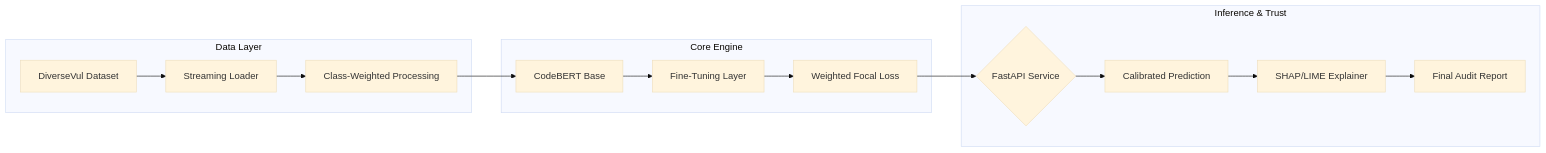
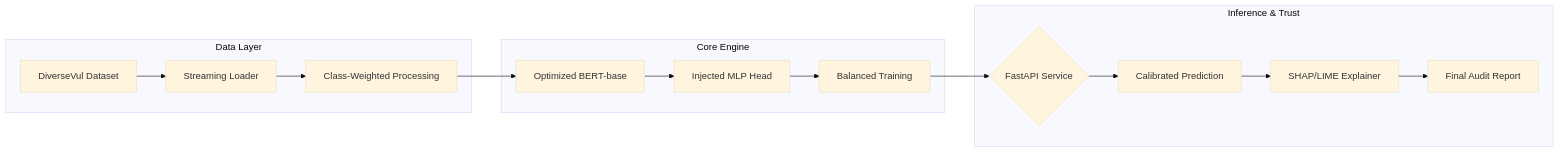
The diagram in DOCUMENTATION.md (nahyan0077/secure-code-analyzer-model), drawn with Mermaid (base theme) before and after one commit. The commit also changed other lines of this file and 11 other files, not shown here.

Commit message:
feat: Migrate from CodeBERT to an optimized BERT-base model with a custom MLP head, balanced undersampling, and configurable evaluation thresholds.

````diff
--- a/DOCUMENTATION.md
+++ b/DOCUMENTATION.md
@@ -20,20 +20,20 @@
 ```mermaid
 graph LR
     subgraph "Data Layer"
     A[DiverseVul Dataset] --> B[Streaming Loader]
     B --> C[Class-Weighted Processing]
     end
 
     subgraph "Core Engine"
-    C --> D[CodeBERT Base]
-    D --> E[Fine-Tuning Layer]
-    E --> F[Weighted Focal Loss]
+    C --> D[Optimized BERT-base]
+    D --> E[Injected MLP Head]
+    E --> F[Balanced Training]
     end
 
     subgraph "Inference & Trust"
     F --> G{FastAPI Service}
     G --> H[Calibrated Prediction]
     H --> I[SHAP/LIME Explainer]
     I --> J[Final Audit Report]
     end
 ```
````
